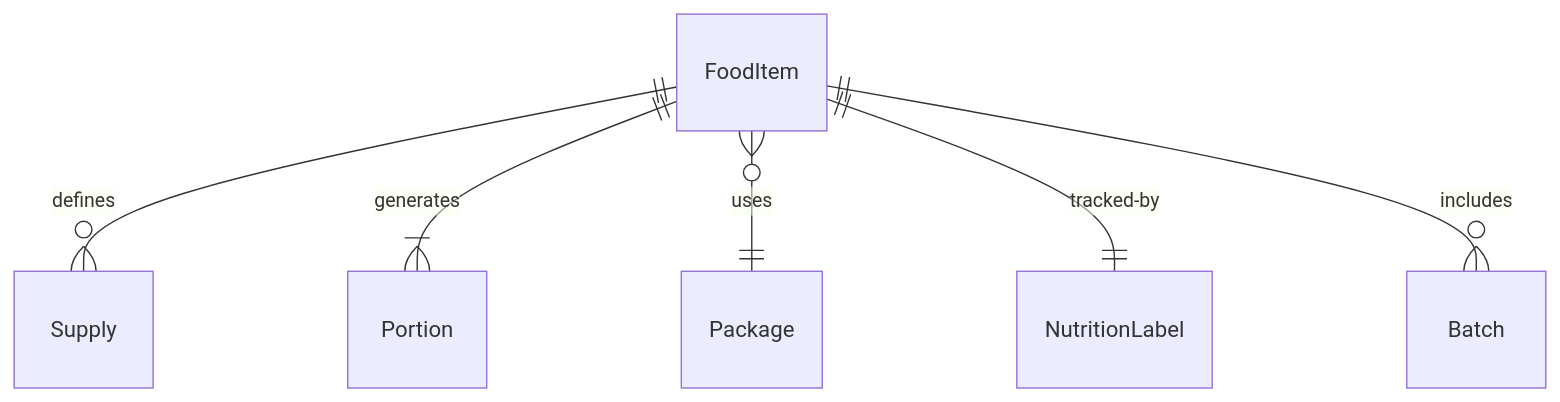
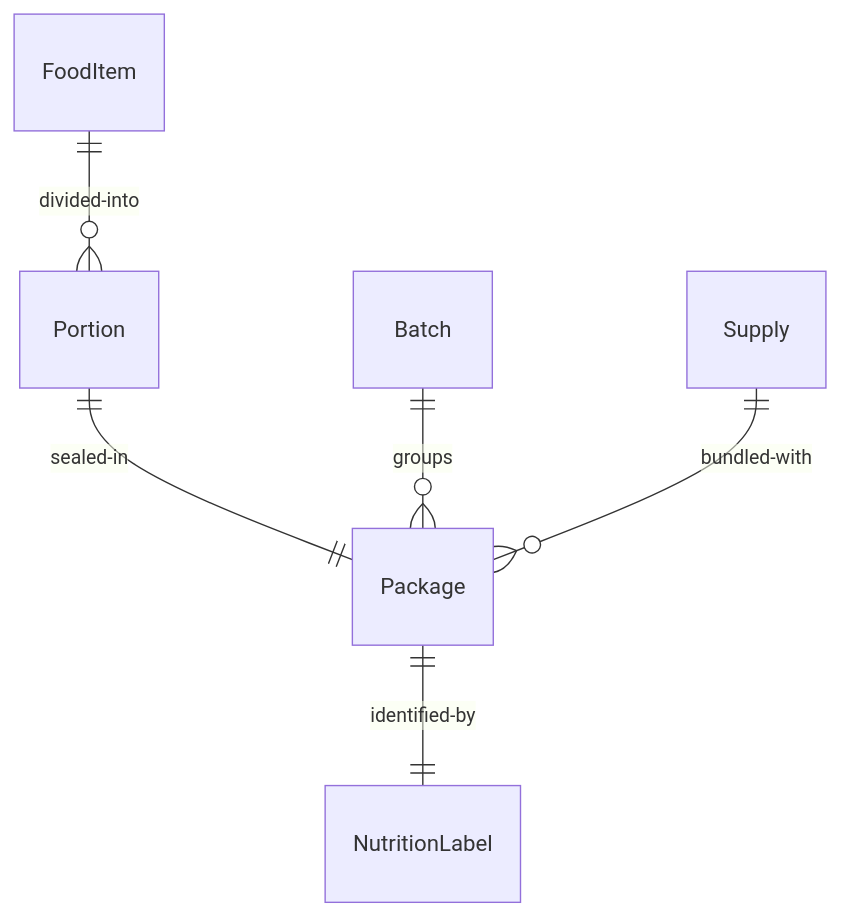
The first of 4 diagrams in HandlingAndMovingObjects/PackageObjects/PackageFoodSupplies.mdx (dot-org-ai/tasks.org.ai), drawn with Mermaid before and after one commit. The commit also changed other lines of this file and 515 other files, not shown here.

````diff
--- a/HandlingAndMovingObjects/PackageObjects/PackageFoodSupplies.mdx
+++ b/HandlingAndMovingObjects/PackageObjects/PackageFoodSupplies.mdx
@@ -89,8 +89,8 @@
 ```mermaid
 erDiagram
-    FoodItem ||--o{ Supply : "defines"
-    FoodItem ||--|{ Portion : "generates"
-    FoodItem }o--|| Package : "uses"
-    FoodItem ||--|| NutritionLabel : "tracked-by"
-    FoodItem ||--o{ Batch : "includes"
+    FoodItem ||--o{ Portion : "divided-into"
+    Portion ||--|| Package : "sealed-in"
+    Package ||--|| NutritionLabel : "identified-by"
+    Batch ||--o{ Package : "groups"
+    Supply ||--o{ Package : "bundled-with"
 ```
````
